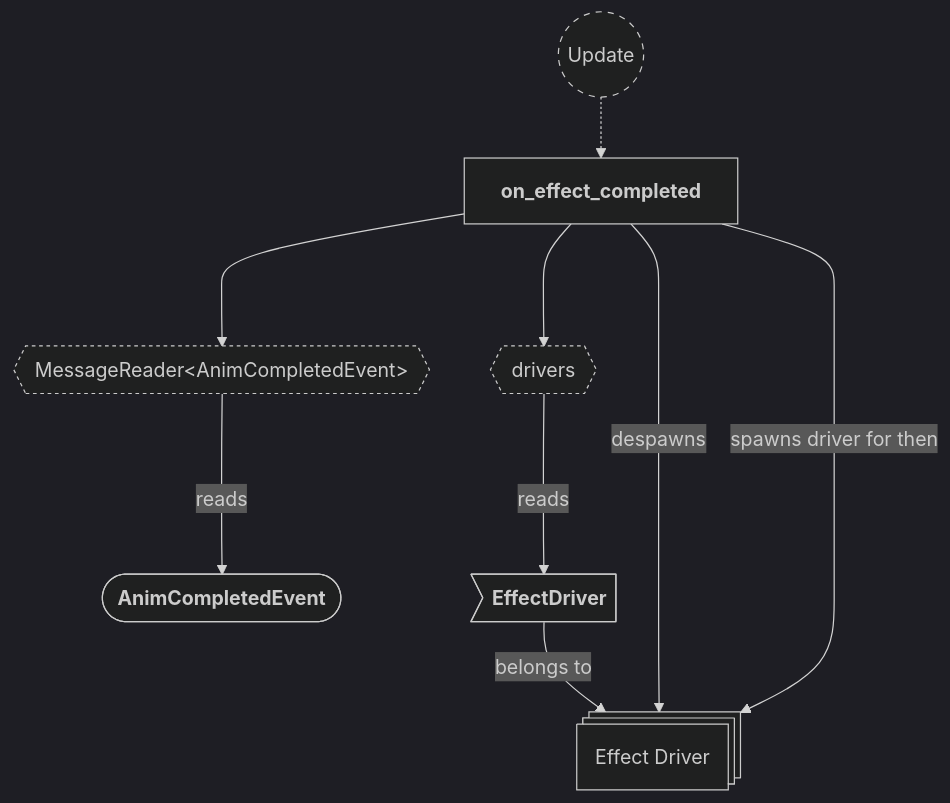
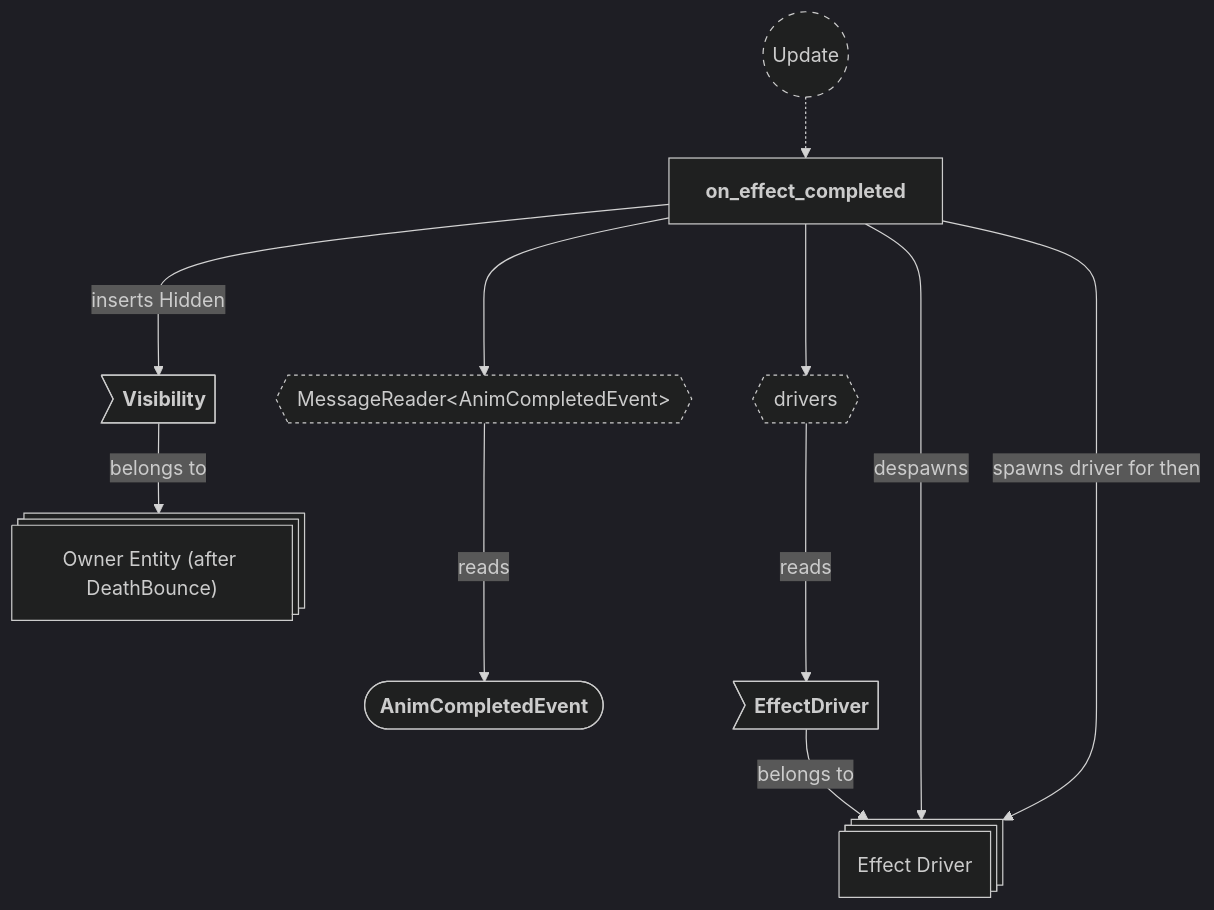
Before and after one commit to neurosoup/tyled: diagram 22 of 25 in backlog/docs/doc-10 - 008-Effects-plugin.md, drawn with Mermaid. The commit also changed other lines of this file and 10 other files, not shown here.

````diff
--- a/backlog/docs/doc-10 - 008-Effects-plugin.md
+++ b/backlog/docs/doc-10 - 008-Effects-plugin.md
@@ -1218,32 +976,36 @@
 ```mermaid
 ---
 config:
   theme: dark
 ---
 
 flowchart TD
 classDef system-group stroke-dasharray: 5 5
 classDef reader stroke-dasharray: 3 3
 classDef query stroke-dasharray: 3 3
 
 update(("`Update`")):::system-group
 on_effect_completed["`**on_effect_completed**`"]
 
 update -.-> on_effect_completed
 
 event_reader{{"MessageReader#60;AnimCompletedEvent#62;"}}:::reader
 on_effect_completed ---> event_reader
 
 anim_completed_event(["`**AnimCompletedEvent**`"])
 event_reader ---> |reads| anim_completed_event
 
 driver_query{{"`drivers`"}}:::query
 on_effect_completed ---> driver_query
 
 driver_entity@{ shape: st-rect, label: "Effect Driver" }
 de_driver>"`**EffectDriver**`"] --> |belongs to| driver_entity
 driver_query ---> |reads| de_driver
 
 on_effect_completed ---> |despawns| driver_entity
 on_effect_completed ---> |spawns driver for then| driver_entity
+
+owner_entity@{ shape: st-rect, label: "Owner Entity (after DeathBounce)" }
+oe_visibility>"`**Visibility**`"] --> |belongs to| owner_entity
+on_effect_completed ---> |inserts Hidden| oe_visibility
 ```
````
